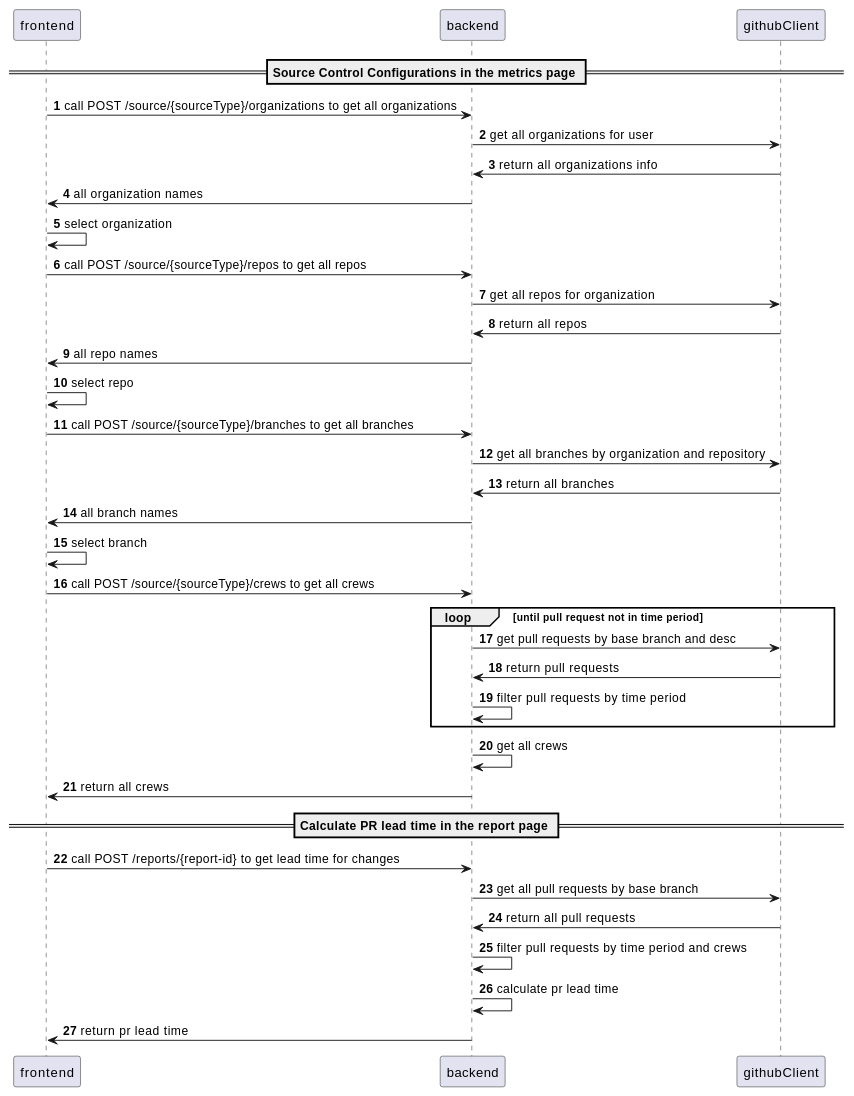
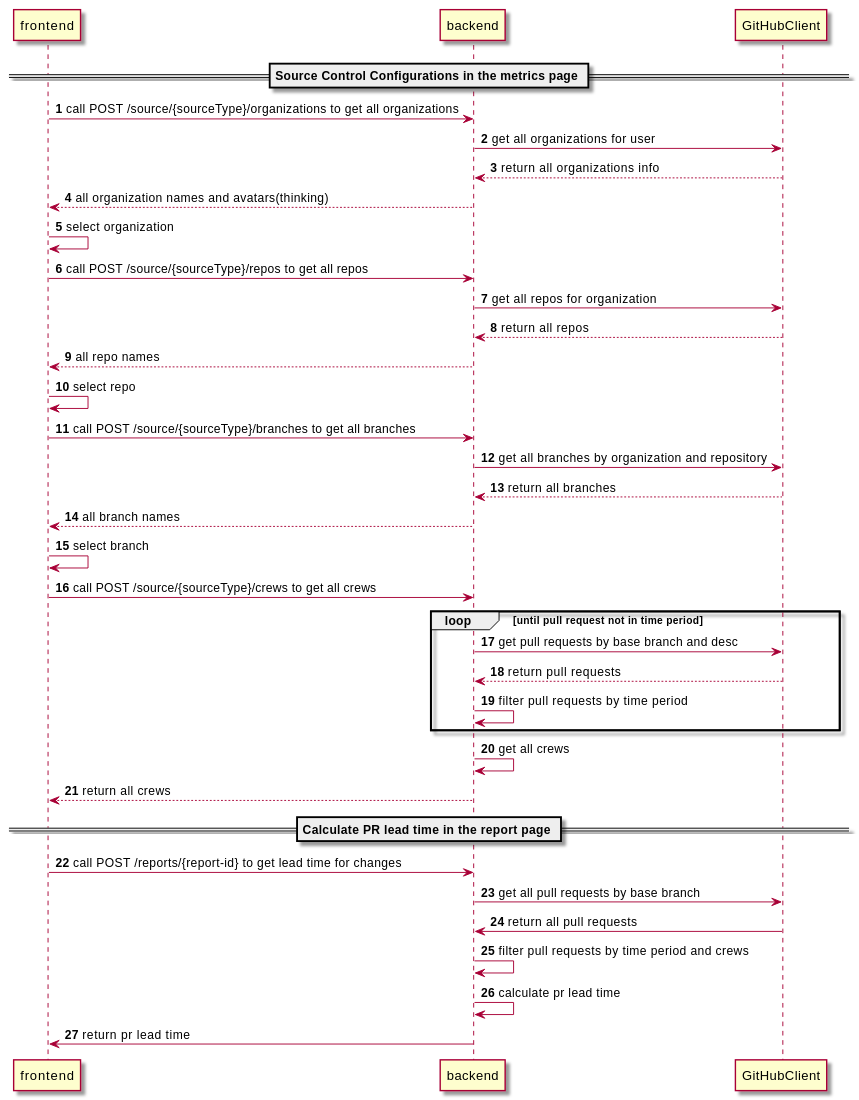
One commit to au-heartbeat/Heartbeat changed the diagram in docs/src/content/docs/en/spikes/tech-spikes-github-api-for-pull-request-info-by-token.mdx. Above: the diagram before and after it, drawn with PlantUML. The commit also changed other lines of this file, not shown here.

Commit message:
ADM-1001 [docs]: fix the spell

````diff
--- a/docs/src/content/docs/en/spikes/tech-spikes-github-api-for-pull-request-info-by-token.mdx
+++ b/docs/src/content/docs/en/spikes/tech-spikes-github-api-for-pull-request-info-by-token.mdx
@@ -20,41 +20,42 @@
 ```plantuml
 @startuml
 autonumber
+skin rose
 participant frontend as frontend
 participant backend as backend
-participant githubClient as githubClient
+participant GitHubClient as GitHubClient
 
 == Source Control Configurations in the metrics page ==
 frontend -> backend: call POST /source/{sourceType}/organizations to get all organizations
-backend -> githubClient: get all organizations for user
-githubClient -> backend: return all organizations info
-backend -> frontend: all organization names
+backend -> GitHubClient: get all organizations for user
+GitHubClient --> backend: return all organizations info
+backend --> frontend: all organization names and avatars(thinking)
 frontend -> frontend: select organization
 frontend -> backend: call POST /source/{sourceType}/repos to get all repos
-backend -> githubClient: get all repos for organization
-githubClient -> backend: return all repos
-backend -> frontend: all repo names
+backend -> GitHubClient: get all repos for organization
+GitHubClient --> backend: return all repos
+backend --> frontend: all repo names
 frontend -> frontend: select repo
 frontend -> backend: call POST /source/{sourceType}/branches to get all branches
-backend -> githubClient: get all branches by organization and repository
-githubClient -> backend: return all branches
-backend -> frontend: all branch names
+backend -> GitHubClient: get all branches by organization and repository
+GitHubClient --> backend: return all branches
+backend --> frontend: all branch names
 frontend -> frontend: select branch
 frontend -> backend: call POST /source/{sourceType}/crews to get all crews
 loop until pull request not in time period
-    backend -> githubClient: get pull requests by base branch and desc
-    githubClient -> backend: return pull requests
+    backend -> GitHubClient: get pull requests by base branch and desc
+    GitHubClient --> backend: return pull requests
     backend -> backend: filter pull requests by time period
 end
 backend -> backend: get all crews
-backend -> frontend: return all crews
+backend --> frontend: return all crews
 
 == Calculate PR lead time in the report page ==
 frontend -> backend: call POST /reports/{report-id} to get lead time for changes
-backend -> githubClient: get all pull requests by base branch
-githubClient -> backend: return all pull requests
+backend -> GitHubClient: get all pull requests by base branch
+GitHubClient -> backend: return all pull requests
 backend -> backend: filter pull requests by time period and crews
 backend -> backend: calculate pr lead time
 backend -> frontend: return pr lead time
 @enduml
 ```
````
